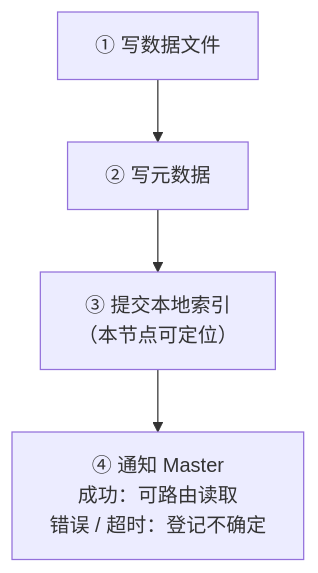
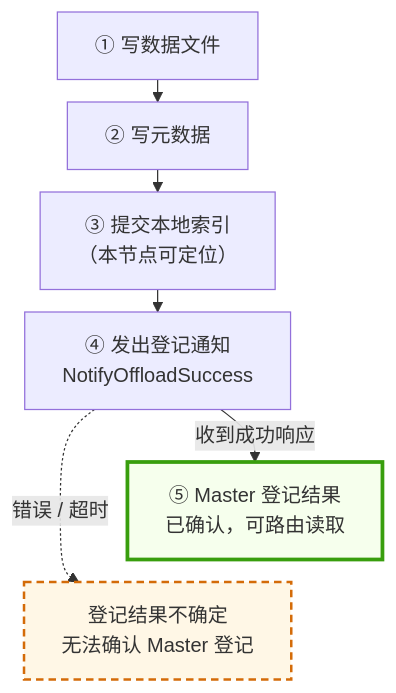
The second of 2 diagrams in mooncake-kv-cache-series/wechat/10-ssd-tiering.md (Hansyangxingxiang/Mooncake), drawn with Mermaid before and after one commit. The commit also changed other lines of this file and 6 other files, not shown here.

Commit message:
[Docs] Correct lease timeline and SSD offload figures

````diff
--- a/mooncake-kv-cache-series/wechat/10-ssd-tiering.md
+++ b/mooncake-kv-cache-series/wechat/10-ssd-tiering.md
@@ -48,6 +48,13 @@
 ```mermaid
+%%{init: {"flowchart": {"nodeSpacing": 10, "rankSpacing": 18, "diagramPadding": 8}}}%%
 flowchart TB
     D["① 写数据文件"] --> MD["② 写元数据"]
     MD --> I["③ 提交本地索引<br/>（本节点可定位）"]
-    I --> N["④ 通知 Master<br/>成功：可路由读取<br/>错误 / 超时：登记不确定"]
+    I --> N["④ 发出登记通知<br/>NotifyOffloadSuccess"]
+    N -->|收到成功响应| R["⑤ Master 登记结果<br/>已确认，可路由读取"]
+    N -.->|错误 / 超时| U["登记结果不确定<br/>无法确认 Master 登记"]
+    R ~~~ U
+
+    style R stroke:#389E0D,stroke-width:3px,fill:#F6FFED
+    style U stroke:#D46B08,stroke-width:2px,stroke-dasharray:6 4,fill:#FFF7E6
 ```
````
